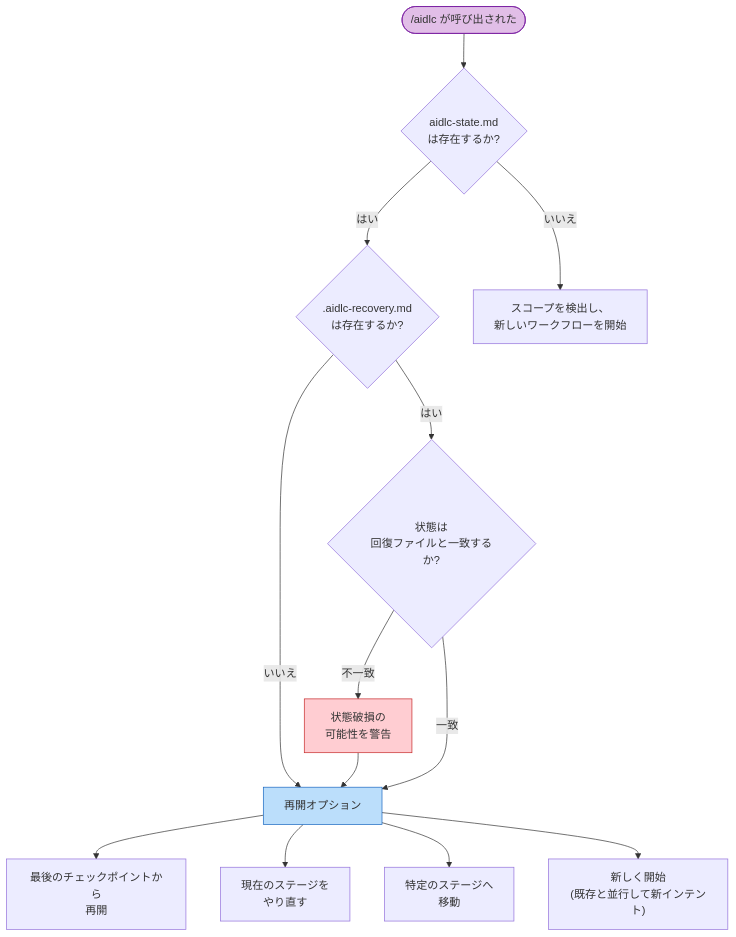
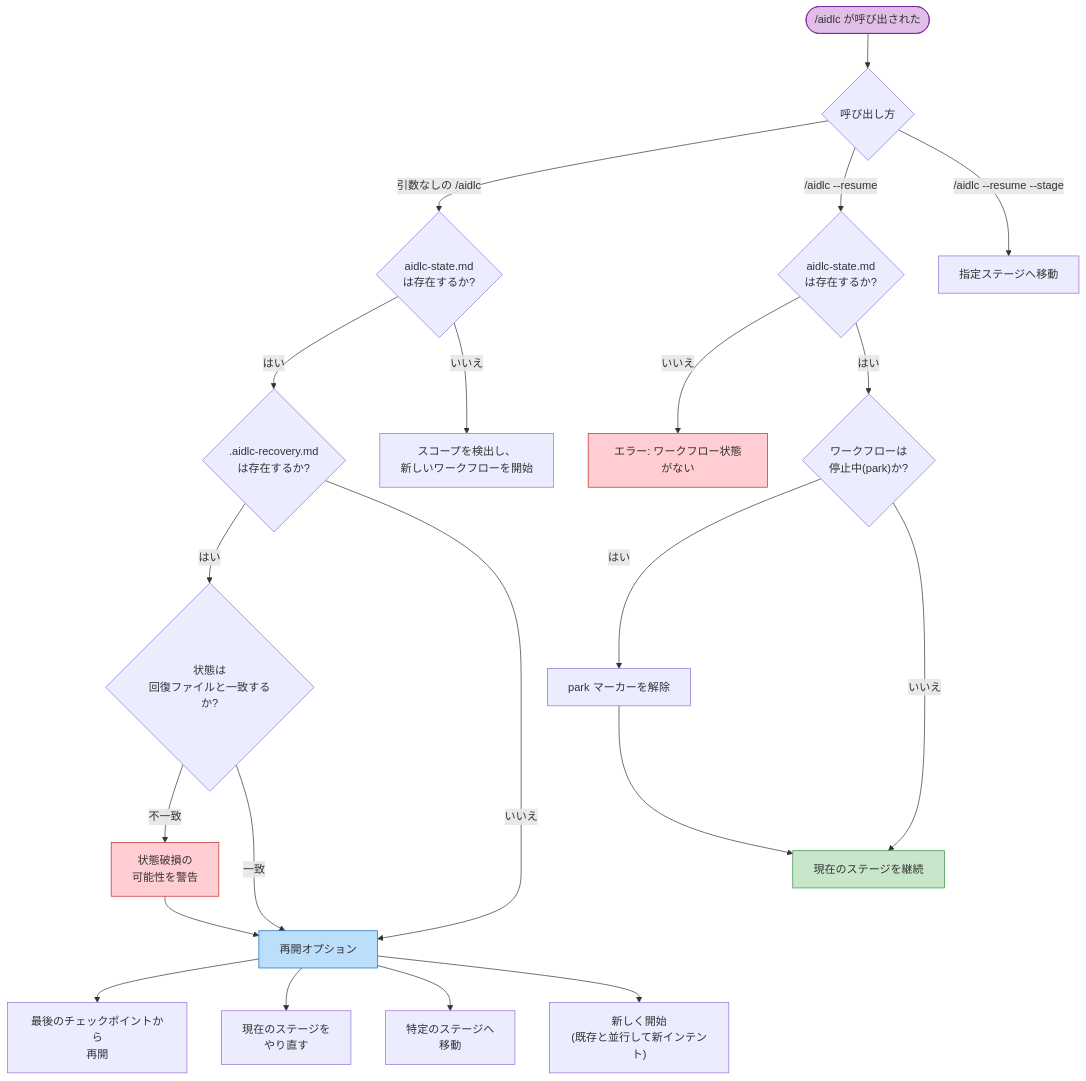
One commit to otomatty/aidlc-guide changed the diagram in docs/guide/ja/11-session-management.md. Above: the diagram before and after it, drawn with Mermaid. The commit also changed other lines of this file and 77 other files, not shown here.

````diff
--- a/docs/guide/ja/11-session-management.md
+++ b/docs/guide/ja/11-session-management.md
@@ -13,34 +13,49 @@
 ```mermaid
 flowchart TD
     START(["/aidlc が呼び出された"])
+    MODE{"呼び出し方"}
     STATE_EXISTS{"aidlc-state.md\nは存在するか?"}
     RECOVERY_CHECK{".aidlc-recovery.md\nは存在するか?"}
     CORRUPTION{"状態は\n回復ファイルと一致するか?"}
     WARN["状態破損の\n可能性を警告"]
     RESUME_MENU["再開オプション"]
-
     OPT_RESUME["最後のチェックポイントから\n再開"]
     OPT_REDO["現在のステージを\nやり直す"]
     OPT_JUMP["特定のステージへ\n移動"]
     OPT_FRESH["新しく開始\n(既存と並行して新インテント)"]
-
+    RESUME_STATE{"aidlc-state.md\nは存在するか?"}
+    PARKED{"ワークフローは\n停止中(park)か?"}
+    UNPARK["park マーカーを解除"]
+    CONTINUE["現在のステージを継続"]
+    JUMP["指定ステージへ移動"]
+    NO_STATE["エラー: ワークフロー状態がない"]
     SCOPE_DETECT["スコープを検出し、\n新しいワークフローを開始"]
 
-    START --> STATE_EXISTS
+    START --> MODE
+    MODE -->|"引数なしの /aidlc"| STATE_EXISTS
+    MODE -->|"/aidlc --resume"| RESUME_STATE
+    MODE -->|"/aidlc --resume --stage"| JUMP
     STATE_EXISTS -->|はい| RECOVERY_CHECK
     STATE_EXISTS -->|いいえ| SCOPE_DETECT
 
     RECOVERY_CHECK -->|はい| CORRUPTION
     RECOVERY_CHECK -->|いいえ| RESUME_MENU
     CORRUPTION -->|不一致| WARN --> RESUME_MENU
     CORRUPTION -->|一致| RESUME_MENU
 
     RESUME_MENU --> OPT_RESUME
     RESUME_MENU --> OPT_REDO
     RESUME_MENU --> OPT_JUMP
     RESUME_MENU --> OPT_FRESH
 
+    RESUME_STATE -->|いいえ| NO_STATE
+    RESUME_STATE -->|はい| PARKED
+    PARKED -->|はい| UNPARK --> CONTINUE
+    PARKED -->|いいえ| CONTINUE
+
     style START fill:#e1bee7,stroke:#7b1fa2
     style RESUME_MENU fill:#bbdefb,stroke:#1565c0
+    style CONTINUE fill:#c8e6c9,stroke:#388e3c
     style WARN fill:#ffcdd2,stroke:#c62828
+    style NO_STATE fill:#ffcdd2,stroke:#c62828
 ```
````
